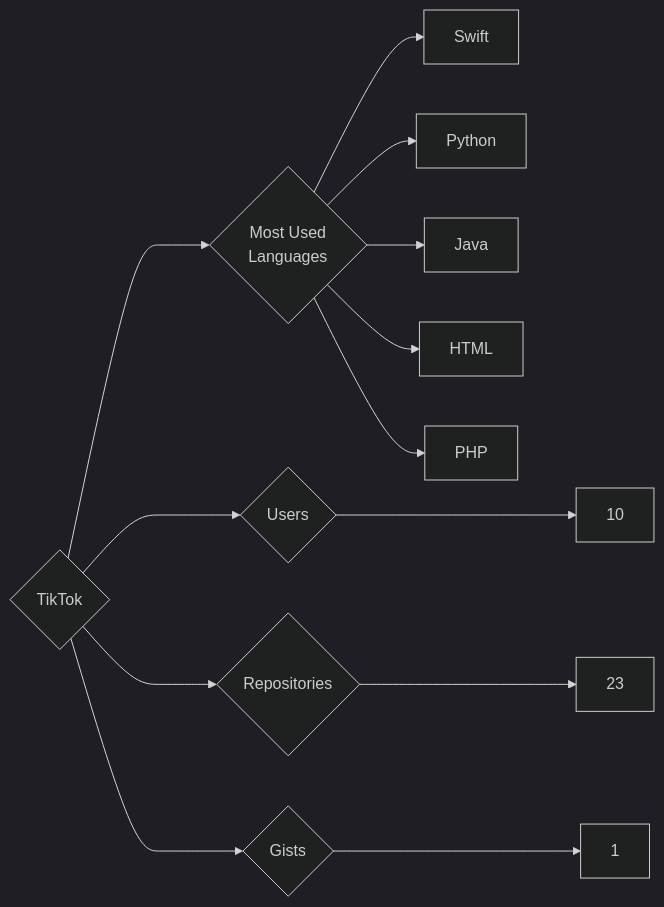
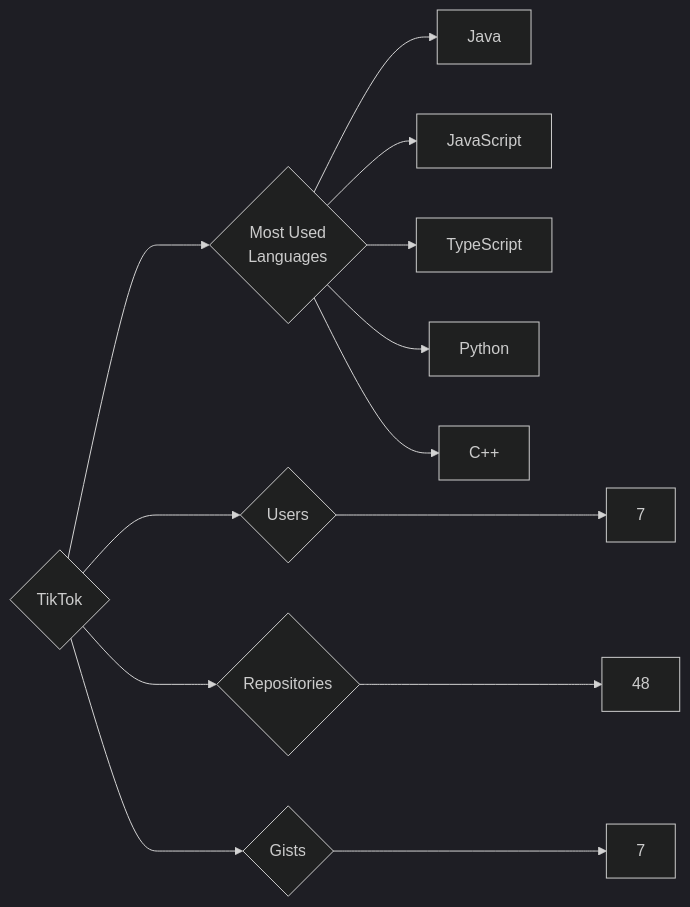
The diagram in targets/TikTok/README.md (trickest/insiders), drawn with Mermaid (dark theme) before and after one commit. The commit also changed 1508 other files, not shown here.

````diff
--- a/targets/TikTok/README.md
+++ b/targets/TikTok/README.md
@@ -3,13 +3,13 @@
 ```mermaid
 graph LR
 COMPANY_NAME{TikTok}
-COMPANY_NAME ---> U{Users} ---> UN[10]
-COMPANY_NAME ---> R{Repositories} ---> RN[23]
-COMPANY_NAME ---> G{Gists} ---> GN[1]
+COMPANY_NAME ---> U{Users} ---> UN[7]
+COMPANY_NAME ---> R{Repositories} ---> RN[48]
+COMPANY_NAME ---> G{Gists} ---> GN[7]
 COMPANY_NAME ---> ML{Most Used<br>Languages}
-ML --> Swift[Swift]
+ML --> Java[Java]
+ML --> JavaScript[JavaScript]
+ML --> TypeScript[TypeScript]
 ML --> Python[Python]
-ML --> Java[Java]
-ML --> HTML[HTML]
-ML --> PHP[PHP]
+ML --> C++[C++]
 ```
````
